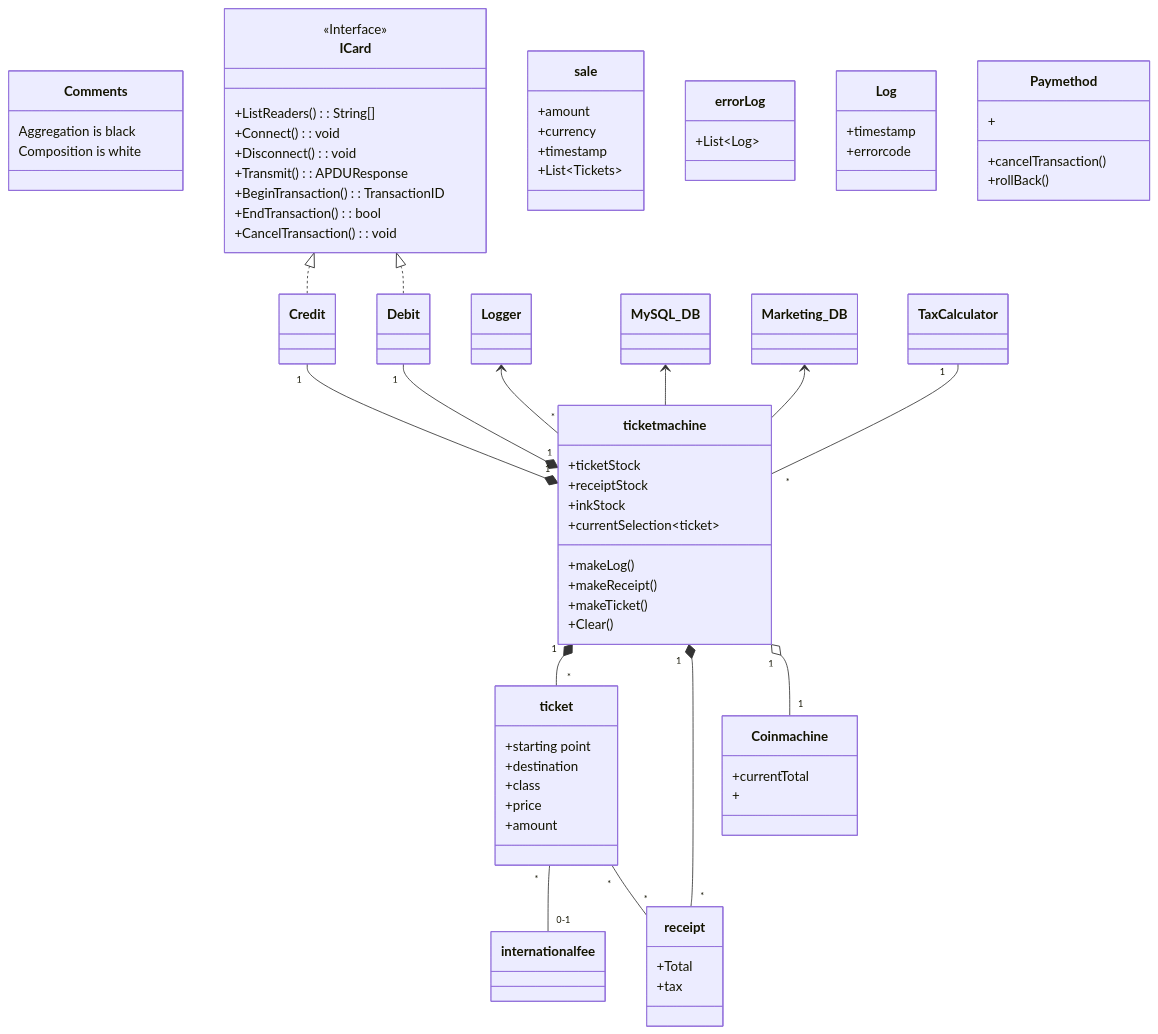
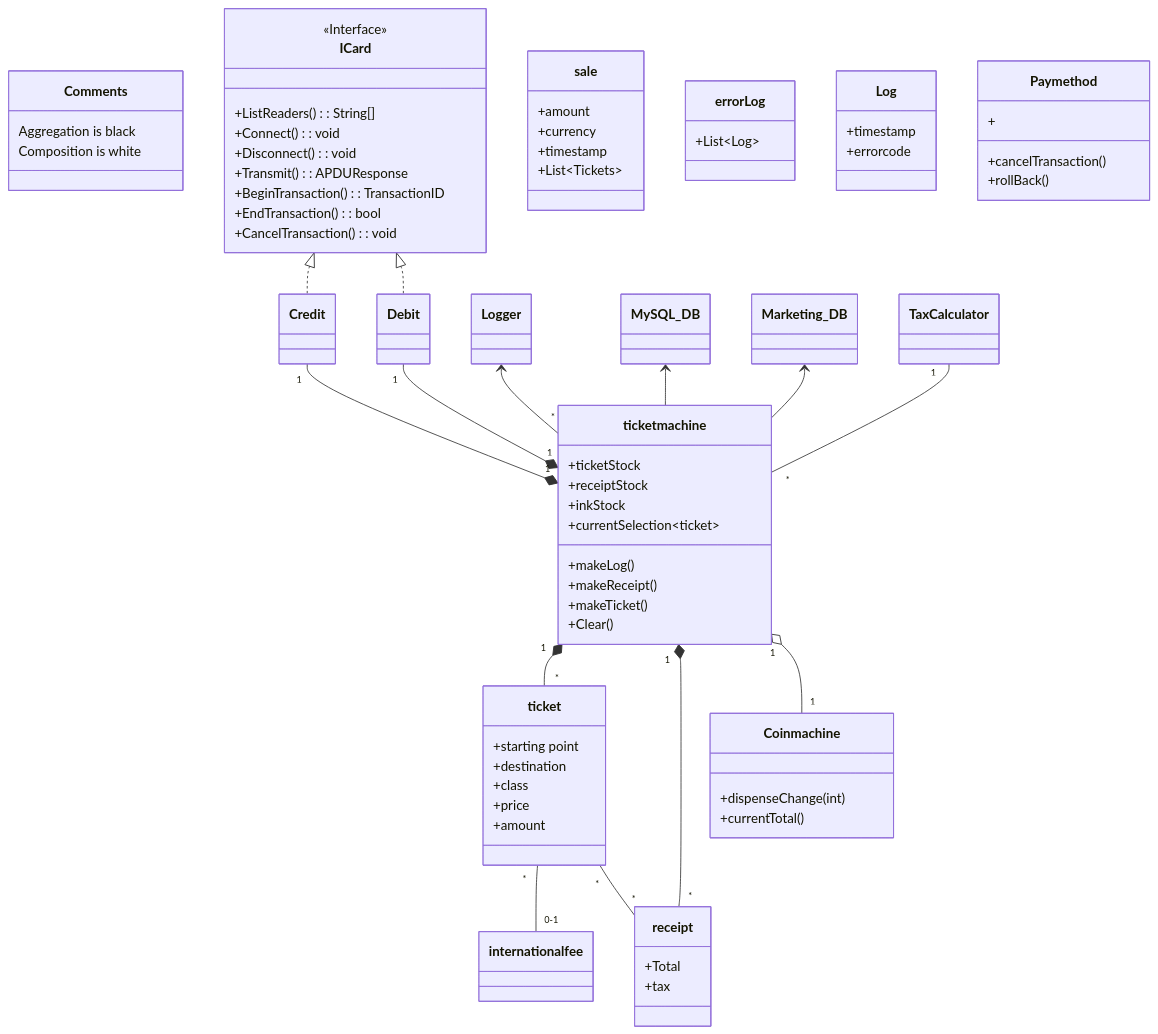
The diagram in Classes.md (ThannerJonna/MSO23_G19), drawn with Mermaid before and after one commit.

Commit message:
classes aangepast

```diff
--- a/Classes.md
+++ b/Classes.md
@@ -66,9 +66,8 @@
 }
 
 class Coinmachine{
-    +currentTotal
-    +
-
+    +dispenseChange(int)
+    +currentTotal()
 }
 
 class receipt{
```
